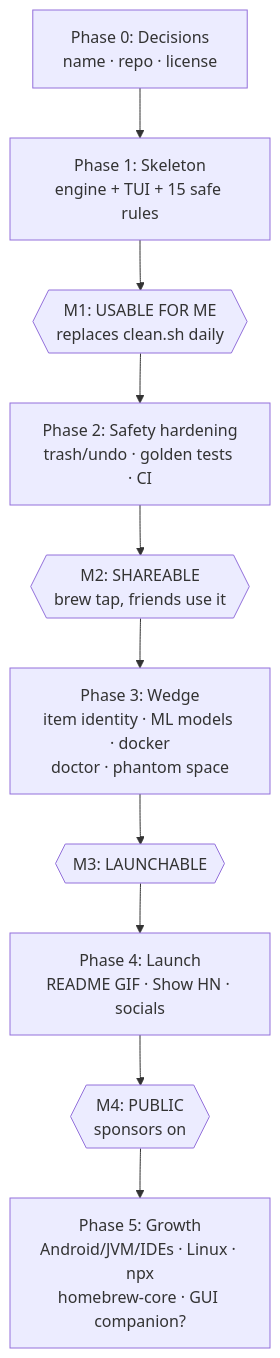
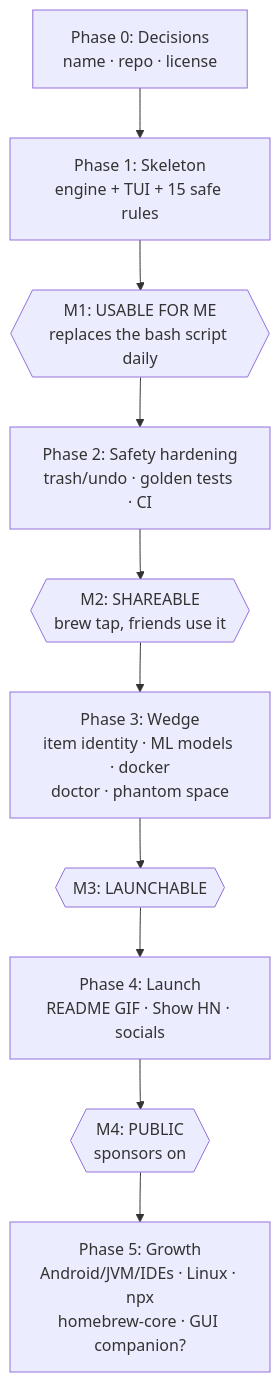
One commit to lbagic/df8-regrow-go-cache-prune changed the diagram in docs/PLAN.md. Above: the diagram before and after it, drawn with Mermaid. The commit also changed other lines of this file and 46 other files, not shown here.

````diff
--- a/docs/PLAN.md
+++ b/docs/PLAN.md
@@ -45,12 +48,12 @@
 ```mermaid
 flowchart TD
     P0[Phase 0: Decisions<br/>name · repo · license] --> P1[Phase 1: Skeleton<br/>engine + TUI + 15 safe rules]
-    P1 --> M1{{M1: USABLE FOR ME<br/>replaces clean.sh daily}}
+    P1 --> M1{{M1: USABLE FOR ME<br/>replaces the bash script daily}}
     M1 --> P2[Phase 2: Safety hardening<br/>trash/undo · golden tests · CI]
     P2 --> M2{{M2: SHAREABLE<br/>brew tap, friends use it}}
     M2 --> P3[Phase 3: Wedge<br/>item identity · ML models · docker<br/>doctor · phantom space]
     P3 --> M3{{M3: LAUNCHABLE}}
     M3 --> P4[Phase 4: Launch<br/>README GIF · Show HN · socials]
     P4 --> M4{{M4: PUBLIC<br/>sponsors on}}
     M4 --> P5[Phase 5: Growth<br/>Android/JVM/IDEs · Linux · npx<br/>homebrew-core · GUI companion?]
 ```
````
